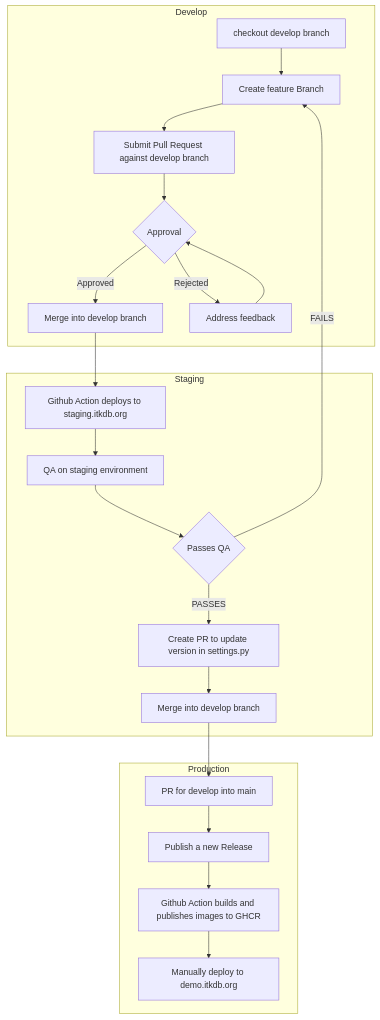
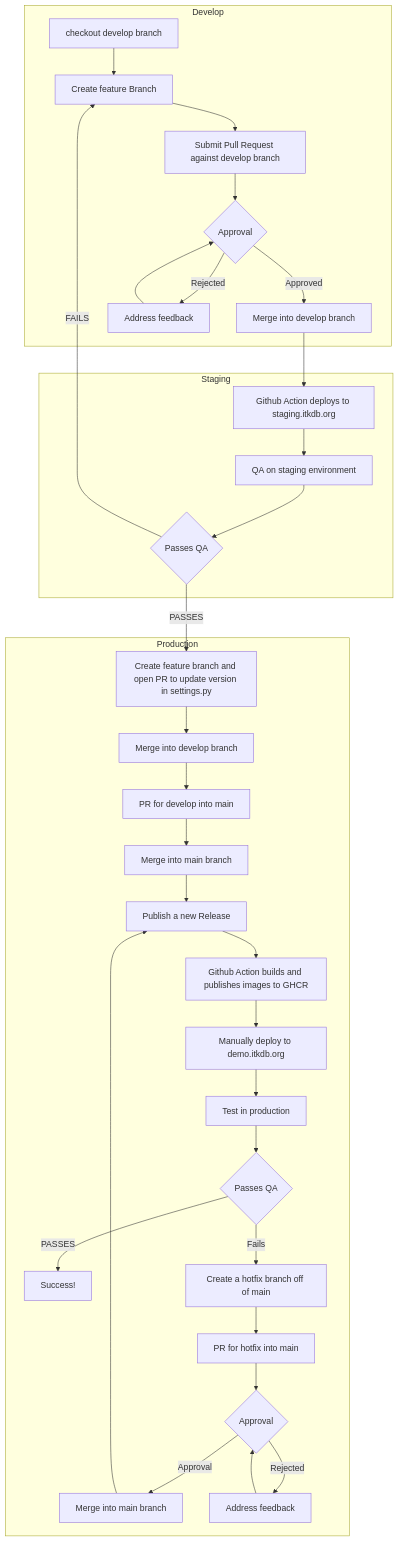
One commit to Ecotrust/TEKDB changed the diagram in README.md. Above: the diagram before and after it, drawn with Mermaid. The commit also changed other lines of this file, not shown here.

Commit message:
add to mermaid diagram for hotfix flow

````diff
--- a/README.md
+++ b/README.md
@@ -13,27 +13,38 @@
 ```mermaid
 flowchart TB
     subgraph Develop
         CHECKOUT[checkout develop branch] --> FEAT[Create feature Branch]
         FEAT --> PR[Submit Pull Request against develop branch]
         PR --> APPROVE{Approval}
         APPROVE -->|Approved| DEVMERGE[Merge into develop branch]
         APPROVE -->|Rejected| REJECTED[Address feedback]
         REJECTED --> APPROVE
     end
 
     subgraph Staging
         DEVMERGE --> GHSTAGE[Github Action deploys to staging.itkdb.org]
         GHSTAGE --> QA[QA on staging environment]
         QA --> QAPASS{Passes QA}
-        QAPASS -->|PASSES| PRVERSION[Create PR to update version in settings.py]
-        QAPASS -->|FAILS| FEAT
-        PRVERSION --> PRDEV[Merge into develop branch]
     end
 
     subgraph Production
+        QAPASS -->|PASSES| PRVERSION[Create feature branch and open PR to update version in settings.py]
+        QAPASS -->|FAILS| FEAT
+        PRVERSION --> PRDEV[Merge into develop branch]
         PRDEV --> PRMAIN[PR for develop into main]
-        PRMAIN --> RELEASE[Publish a new Release]
+        PRMAIN --> PRMERGEMAIN[Merge into main branch]
+        PRMERGEMAIN --> RELEASE[Publish a new Release]
         RELEASE --> GHPROD[Github Action builds and publishes images to GHCR]
         GHPROD --> PRODDEPLOY[Manually deploy to demo.itkdb.org]
+        PRODDEPLOY --> QAPROD[Test in production]
+        QAPROD --> QAPASSPROD{Passes QA}
+        QAPASSPROD --> |PASSES| SUCCESS[Success!]
+        QAPASSPROD --> |Fails| HOTFIX[Create a hotfix branch off of main]
+        HOTFIX --> PRHOTFIX[PR for hotfix into main]
+        PRHOTFIX --> APPROVEHOTFIX{Approval}
+        APPROVEHOTFIX --> |Approval| MERGEHOTFIX[Merge into main branch]
+        APPROVEHOTFIX --> |Rejected| REJECTEDHOTFIX[Address feedback]
+        REJECTEDHOTFIX --> APPROVEHOTFIX
+        MERGEHOTFIX --> RELEASE
     end
 ```
````
